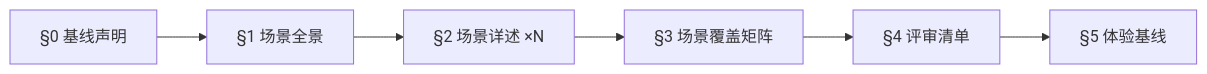
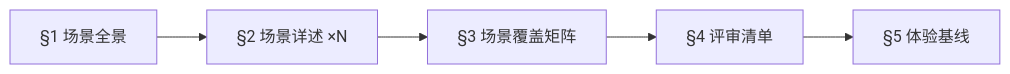
One commit to effiy/YrY changed the fifth of 13 diagrams in skills/rui/formulas.md. Above: the diagram before and after it, drawn with Mermaid. The commit also changed other lines of this file and 5 other files, not shown here.

First line of the commit message:
fix: refine doc formulas — remove §0, add F.toc, default mermaid colors, story prose

````diff
--- a/skills/rui/formulas.md
+++ b/skills/rui/formulas.md
@@ -298,8 +294,8 @@
 ```mermaid
 flowchart LR
-    S0["§0 基线声明"] --> S1["§1 场景全景"]
+    S1["§1 场景全景"]
     S1 --> S2["§2 场景详述 ×N"]
     S2 --> S3["§3 场景覆盖矩阵"]
     S3 --> S4["§4 评审清单"]
     S4 --> S5["§5 体验基线"]
 ```
````
